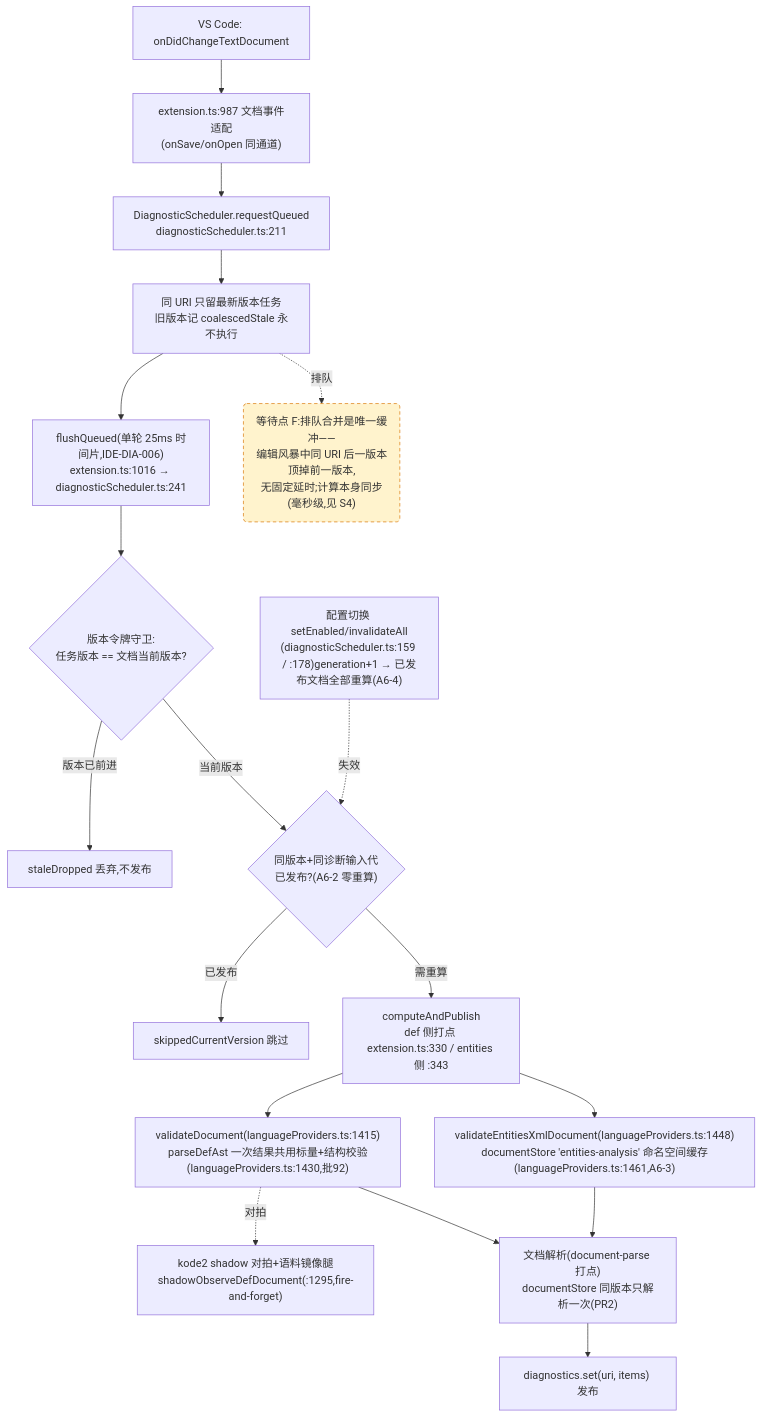
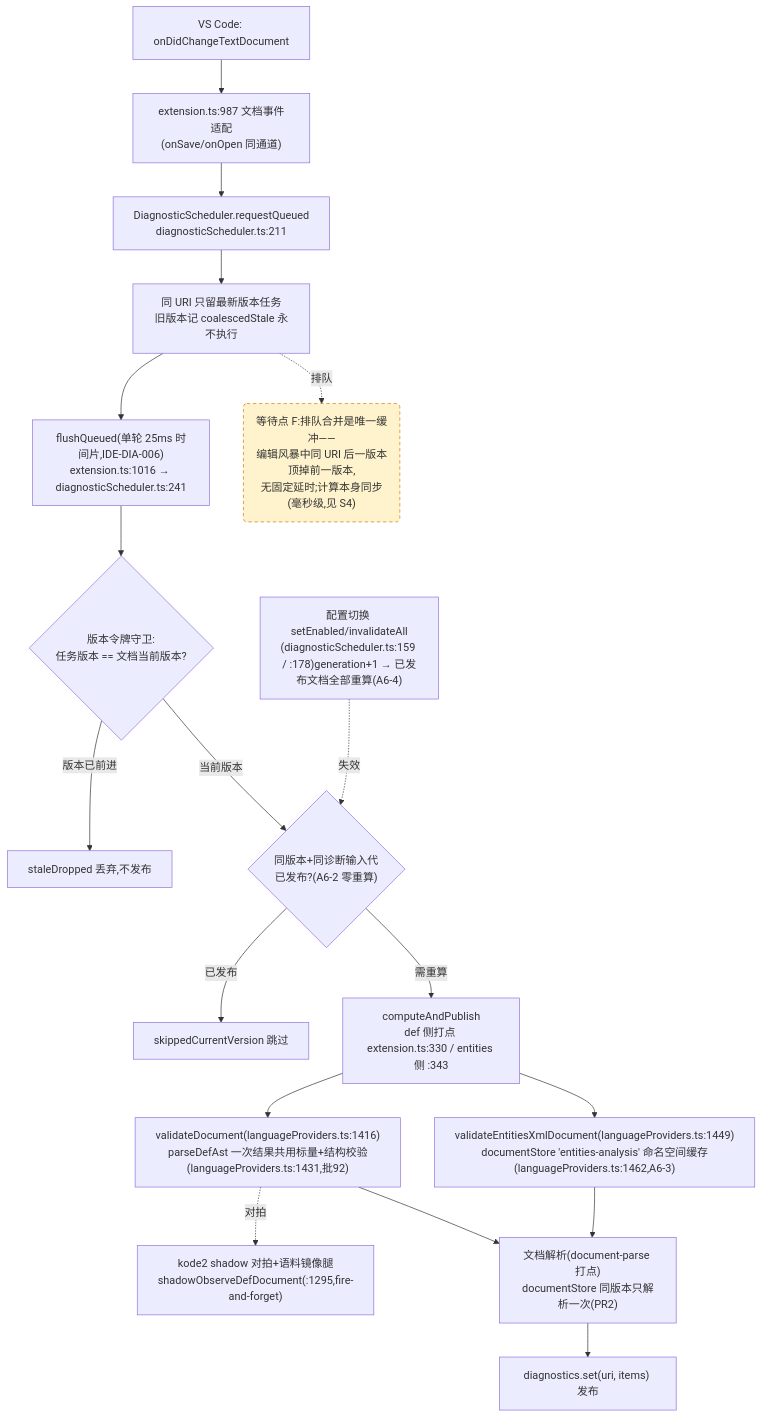
The fourth of 4 diagrams in docs/perf/2026-baseline.md (cuihairu/kode), drawn with Mermaid before and after one commit. The commit also changed other lines of this file and 8 other files, not shown here.

````diff
--- a/docs/perf/2026-baseline.md
+++ b/docs/perf/2026-baseline.md
@@ -214,38 +214,38 @@
 ```mermaid
 flowchart TD
   CHG["VS Code: onDidChangeTextDocument"]
   WATCH["extension.ts:987 文档事件适配<br/>(onSave/onOpen 同通道)"]
   RQ["DiagnosticScheduler.requestQueued<br/>diagnosticScheduler.ts:211"]
   CO["同 URI 只留最新版本任务<br/>旧版本记 coalescedStale 永不执行"]
   FL["flushQueued(单轮 25ms 时间片,IDE-DIA-006)<br/>extension.ts:1016 → diagnosticScheduler.ts:241"]
   VG{"版本令牌守卫:<br/>任务版本 == 文档当前版本?"}
   DROP["staleDropped 丢弃,不发布"]
   GEN{"同版本+同诊断输入代<br/>已发布?(A6-2 零重算)"}
   SKIP["skippedCurrentVersion 跳过"]
   CALC["computeAndPublish<br/>def 侧打点 extension.ts:330 / entities 侧 :343"]
-  VD["validateDocument(languageProviders.ts:1415)<br/>parseDefAst 一次结果共用标量+结构校验(languageProviders.ts:1430,批92)"]
-  VEX["validateEntitiesXmlDocument(languageProviders.ts:1448)<br/>documentStore 'entities-analysis' 命名空间缓存(languageProviders.ts:1461,A6-3)"]
+  VD["validateDocument(languageProviders.ts:1416)<br/>parseDefAst 一次结果共用标量+结构校验(languageProviders.ts:1431,批92)"]
+  VEX["validateEntitiesXmlDocument(languageProviders.ts:1449)<br/>documentStore 'entities-analysis' 命名空间缓存(languageProviders.ts:1462,A6-3)"]
   SHDD["kode2 shadow 对拍+语料镜像腿<br/>shadowObserveDefDocument(:1295,fire-and-forget)"]
   DS["文档解析(document-parse 打点)<br/>documentStore 同版本只解析一次(PR2)"]
   PUB["diagnostics.set(uri, items) 发布"]
   CFG2["配置切换 setEnabled/invalidateAll<br/>(diagnosticScheduler.ts:159 / :178)generation+1 → 已发布文档全部重算(A6-4)"]
 
   CHG --> WATCH --> RQ --> CO --> FL --> VG
   VG -- "版本已前进" --> DROP
   VG -- "当前版本" --> GEN
   GEN -- "已发布" --> SKIP
   GEN -- "需重算" --> CALC
   CALC --> VD
   CALC --> VEX
   VD --> DS
   VEX --> DS
   DS --> PUB
   VD -.->|对拍| SHDD
   CFG2 -.->|失效| GEN
 
   WAITF("等待点 F:排队合并是唯一缓冲——<br/>编辑风暴中同 URI 后一版本顶掉前一版本,<br/>无固定延时;计算本身同步(毫秒级,见 S4)")
   CO -.->|排队| WAITF
 
   classDef waitPoint fill:#fff3cd,stroke:#d97706,stroke-dasharray:5 4;
   class WAITF waitPoint;
 ```
````
